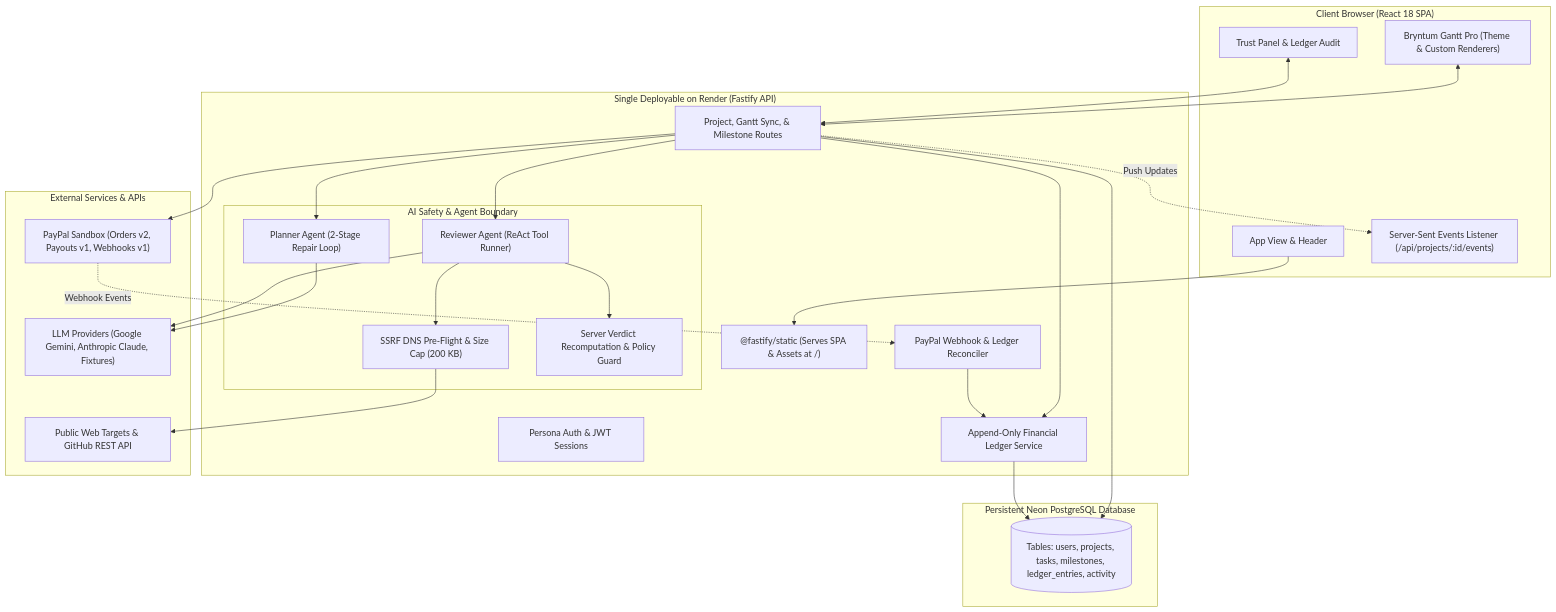
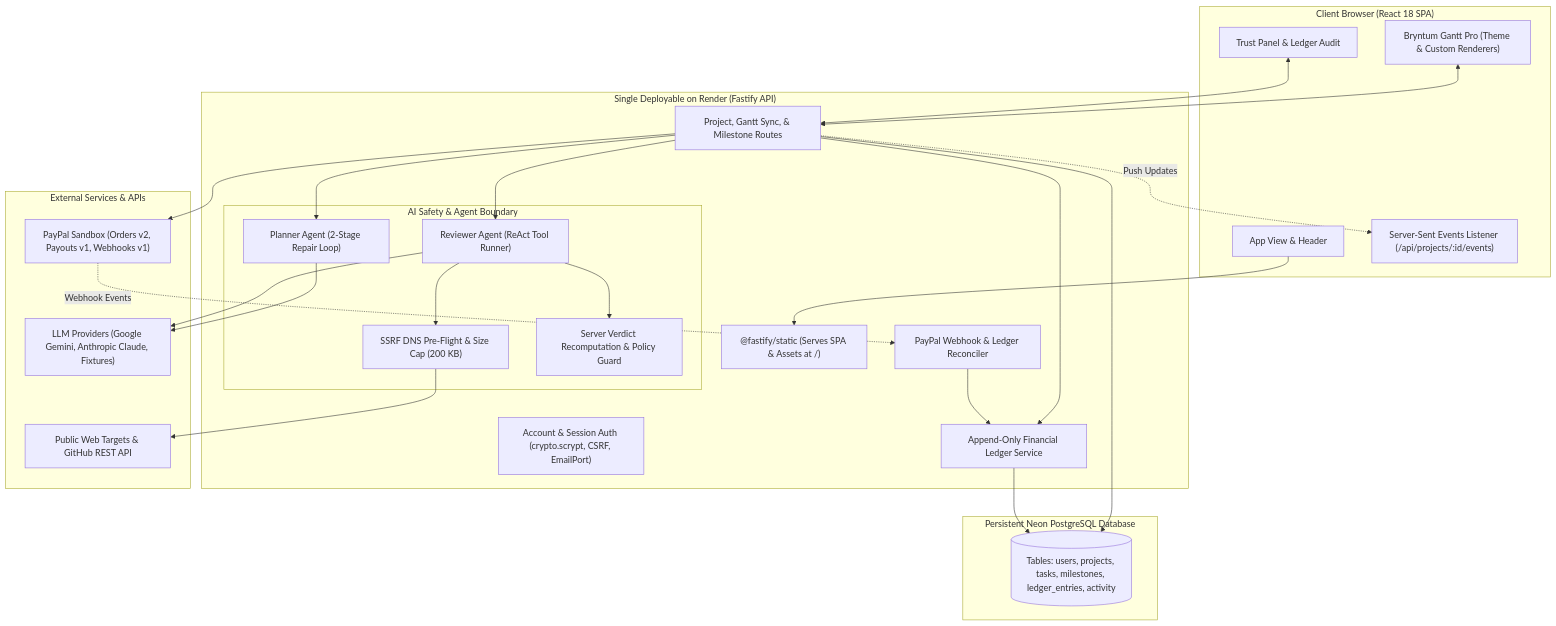
Before and after one commit to amoghV17-arch/verify_pay: the diagram in README.md, drawn with Mermaid. The commit also changed other lines of this file and 95 other files, not shown here.

````diff
--- a/README.md
+++ b/README.md
@@ -57,50 +57,50 @@
 ```mermaid
 flowchart TD
     subgraph Client["Client Browser (React 18 SPA)"]
         UI["App View & Header"]
         Gantt["Bryntum Gantt Pro (Theme & Custom Renderers)"]
         Trust["Trust Panel & Ledger Audit"]
         SSE["Server-Sent Events Listener (/api/projects/:id/events)"]
     end
 
     subgraph Service["Single Deployable on Render (Fastify API)"]
         Static["@fastify/static (Serves SPA & Assets at /)"]
-        Auth["Persona Auth & JWT Sessions"]
+        Auth["Account & Session Auth (crypto.scrypt, CSRF, EmailPort)"]
         Routes["Project, Gantt Sync, & Milestone Routes"]
         Ledger["Append-Only Financial Ledger Service"]
         Reconciler["PayPal Webhook & Ledger Reconciler"]
         
         subgraph AISafety["AI Safety & Agent Boundary"]
             Planner["Planner Agent (2-Stage Repair Loop)"]
             Reviewer["Reviewer Agent (ReAct Tool Runner)"]
             SSRFGuard["SSRF DNS Pre-Flight & Size Cap (200 KB)"]
             VerdictPolicy["Server Verdict Recomputation & Policy Guard"]
         end
     end
 
     subgraph Storage["Persistent Neon PostgreSQL Database"]
         DB[(Tables: users, projects, tasks, milestones, ledger_entries, activity)]
     end
 
     subgraph External["External Services & APIs"]
         PayPal["PayPal Sandbox (Orders v2, Payouts v1, Webhooks v1)"]
         LLM["LLM Providers (Google Gemini, Anthropic Claude, Fixtures)"]
         WebTargets["Public Web Targets & GitHub REST API"]
     end
 
     UI --> Static
     Gantt <--> Routes
     Trust <--> Routes
     Routes --> DB
     Routes --> Ledger
     Ledger --> DB
     Routes --> PayPal
     Routes --> Planner
     Routes --> Reviewer
     Planner --> LLM
     Reviewer --> SSRFGuard --> WebTargets
     Reviewer --> LLM
     Reviewer --> VerdictPolicy
     PayPal -. Webhook Events .-> Reconciler --> Ledger
     Routes -. Push Updates .-> SSE
 ```
````
